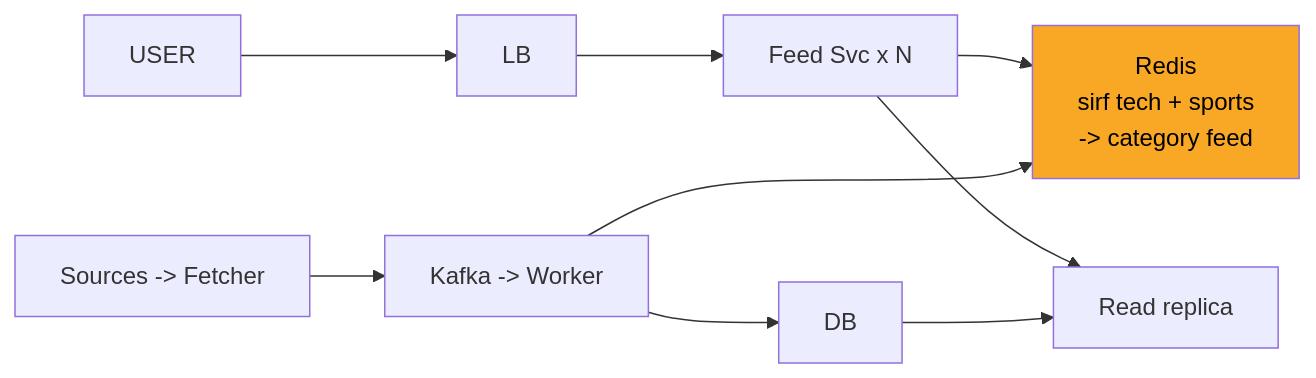
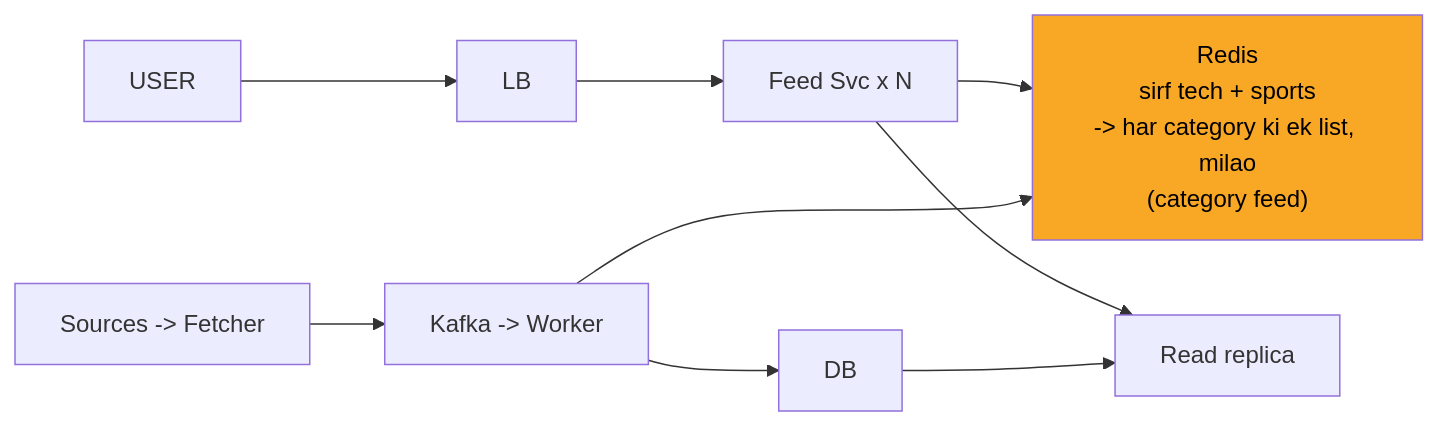
Before and after one commit to ArpanMaheshwari144/Prep: the seventh of 11 diagrams in 04_HLD/SYSTEM_DESIGNS/08_news_aggregator/08_news_aggregator_INTERVIEW.md, drawn with Mermaid. The commit also changed other lines of this file and 13 other files, not shown here.

````diff
--- a/04_HLD/SYSTEM_DESIGNS/08_news_aggregator/08_news_aggregator_INTERVIEW.md
+++ b/04_HLD/SYSTEM_DESIGNS/08_news_aggregator/08_news_aggregator_INTERVIEW.md
@@ -246,20 +246,20 @@
 ```mermaid
 flowchart LR
     n_USER["USER"]
     n_LB["LB"]
     n_Feed_Svc_xN["Feed Svc x N"]
-    n_Redis["Redis<br/>sirf tech + sports<br/>-> category feed"]
+    n_Redis["Redis<br/>sirf tech + sports<br/>-> har category ki ek list, milao<br/>(category feed)"]
     n_Read_replica["Read replica"]
     n_DB["DB"]
     n_KW["Kafka -> Worker"]
     n_SF["Sources -> Fetcher"]
     n_USER --> n_LB
     n_LB --> n_Feed_Svc_xN
     n_Feed_Svc_xN --> n_Redis
     n_Feed_Svc_xN --> n_Read_replica
     n_DB --> n_Read_replica
     n_KW --> n_DB
     n_KW --> n_Redis
     n_SF --> n_KW
     style n_Redis fill:#f9a825,color:#000
 ```
````
